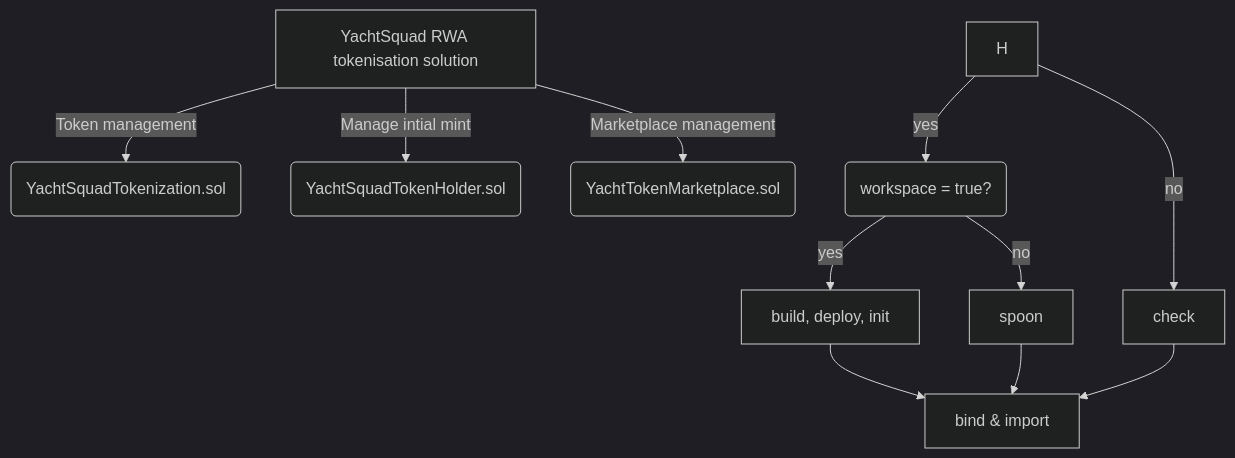
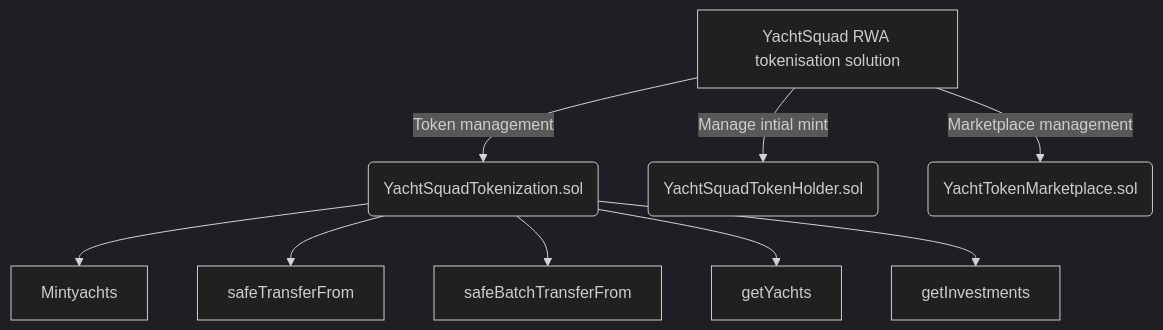
Before and after one commit to Cerlo/Yacht-Squad-Solidity: the diagram in backend/contracts/README.md, drawn with Mermaid (dark theme). The commit also changed other lines of this file, not shown here.

````diff
--- a/backend/contracts/README.md
+++ b/backend/contracts/README.md
@@ -116,13 +116,11 @@
 ```mermaid
-   flowchart TD
+   flowchart
      A[YachtSquad RWA tokenisation solution] -->|Token management| B(YachtSquadTokenization.sol)
      A -->|Manage intial mint| C(YachtSquadTokenHolder.sol)
      A -->|Marketplace management| D(YachtTokenMarketplace.sol)
-     H -->|yes| I(workspace = true?)
-     I -->|yes| J[build, deploy, init]
-     I -->|no| K[spoon]
-     H -->|no| L[check]
-     J --> M[bind & import]
-     K --> M
-     L --> M
+     B --> E[Mintyachts]
+     B --> F[safeTransferFrom]
+     B --> G[safeBatchTransferFrom]
+     B --> h[getYachts]
+     B --> i[getInvestments]
    ```
````
